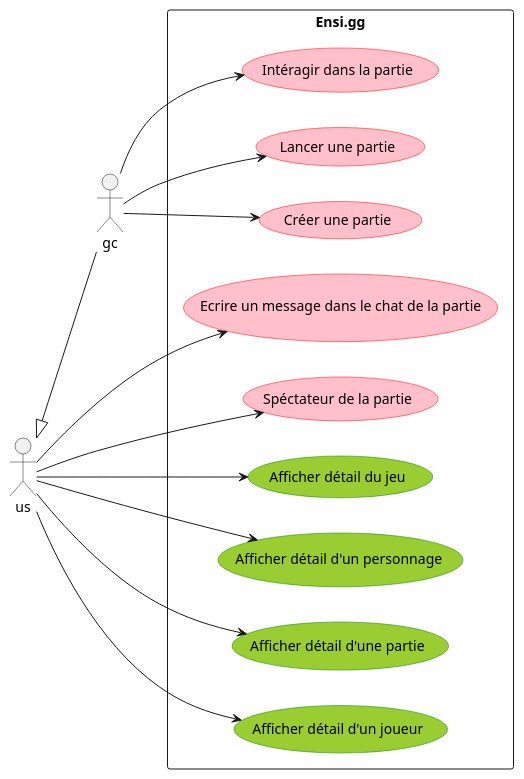
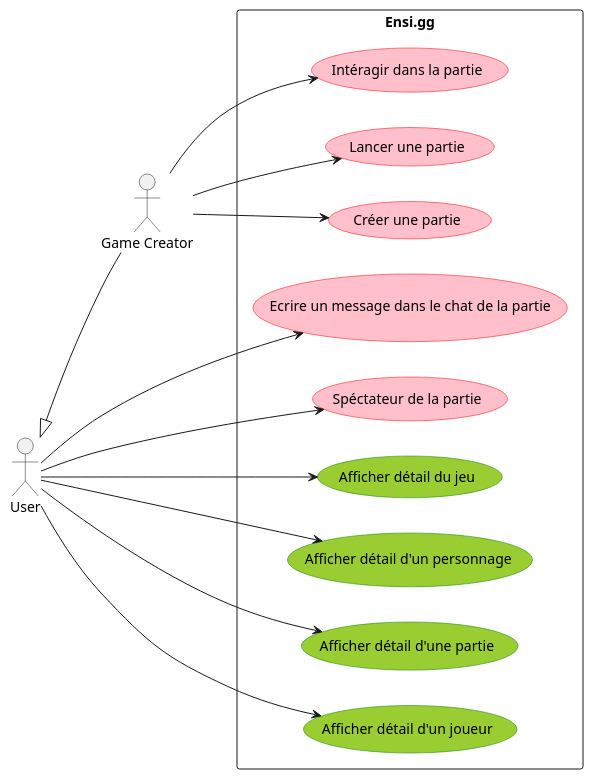
The first of 2 diagrams in README.md (LoicGestin/EnsiGG-League-of-Legends-Comprehensive-Platform), drawn with PlantUML before and after one commit.

Commit message:
Update README.md API

````diff
--- a/README.md
+++ b/README.md
@@ -60,25 +60,27 @@
 ```plantuml
 left to right direction
+actor "User" as us
+actor "Game Creator" as gc
 rectangle Ensi.gg {
   usecase "Ecrire un message dans le chat de la partie" as UC1 #pink;line:red;text:black
   usecase "Spéctateur de la partie" as UC2 #pink;line:red;text:black
   usecase "Afficher détail du jeu" as UC3 #Yellowgreen;line:green;text:black
   usecase "Afficher détail d'un personnage" as UC4 #Yellowgreen;line:green;text:black
   usecase "Afficher détail d'une partie" as UC5 #Yellowgreen;line:green;text:black
   usecase "Afficher détail d'un joueur" as UC6 #Yellowgreen;line:green;text:black
   usecase "Intéragir dans la partie" as UC7 #pink;line:red;text:black
   usecase "Lancer une partie" as UC8 #pink;line:red;text:black
   usecase "Créer une partie" as UC9 #pink;line:red;text:black
 }
 us --> UC1
 us --> UC2
 us --> UC3
 us --> UC4
 us --> UC5
 us --> UC6
 gc --> UC7
 gc --> UC8
 gc --> UC9
 
 us <|-- gc
 ```
````
